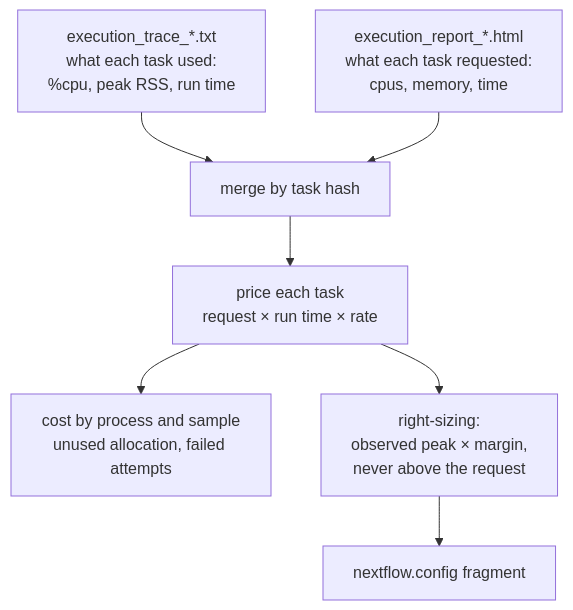
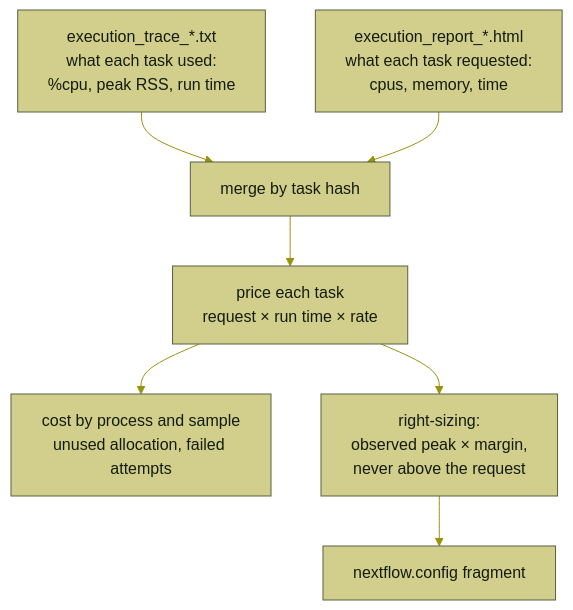
One commit to OtoYuki/nf-audit changed the diagram in README.md. Above: the diagram before and after it, drawn with Mermaid.

Commit message:
README: diagram in the brand palette

````diff
--- a/README.md
+++ b/README.md
@@ -90,9 +90,10 @@
 ```mermaid
+%%{init: {"theme": "base", "themeVariables": {"fontFamily": "Geist Mono, ui-monospace, monospace", "primaryColor": "#D1CF8B", "primaryTextColor": "#141C10", "primaryBorderColor": "#5A6042", "lineColor": "#99920B", "secondaryColor": "#FBFFE1", "tertiaryColor": "#FBFFE1"}}}%%
 flowchart TD
     T["execution_trace_*.txt<br/>what each task used:<br/>%cpu, peak RSS, run time"] --> M["merge by task hash"]
     R["execution_report_*.html<br/>what each task requested:<br/>cpus, memory, time"] --> M
     M --> P["price each task<br/>request × run time × rate"]
     P --> A["cost by process and sample<br/>unused allocation, failed attempts"]
     P --> S["right-sizing:<br/>observed peak × margin,<br/>never above the request"]
     S --> C["nextflow.config fragment"]
 ```
````
